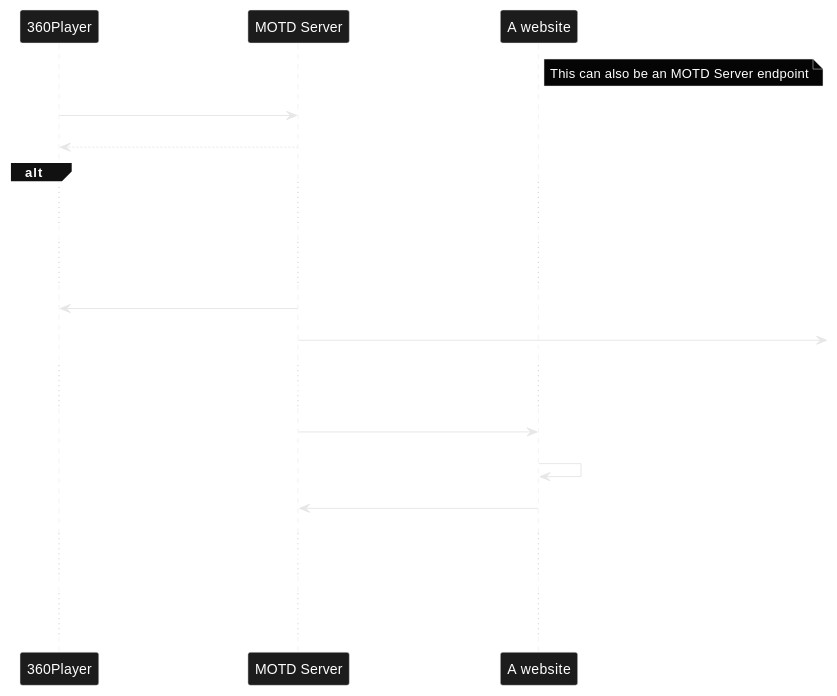
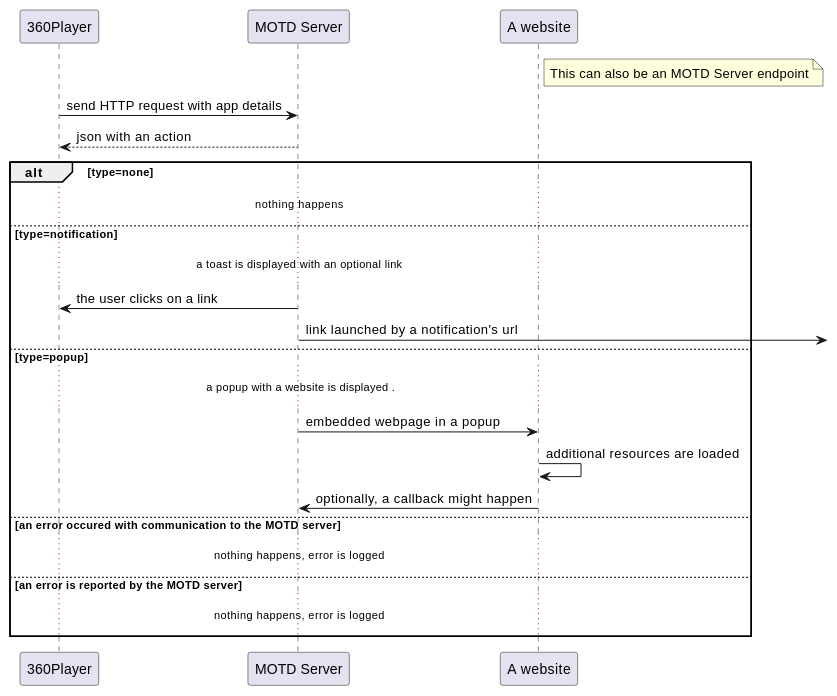
Before and after one commit to BIVROST/360PlayerWindows: the diagram in MOTD/MOTD.md, drawn with PlantUML. The commit also changed other lines of this file and 2 other files, not shown here.

````diff
--- a/MOTD/MOTD.md
+++ b/MOTD/MOTD.md
@@ -6,45 +6,45 @@
 ```plantuml
-skinparam monochrome reverse
+'skinparam monochrome reverse
 skinparam backgroundColor transparent
 
 participant "360Player" as app
 participant "MOTD Server" as motd
 participant "A website" as website
 
 
 note right of website
 This can also be an MOTD Server endpoint
 end note
 
 
 app -> motd: send HTTP request with app details
 motd --> app: json with an action
 
 alt type=none
 
 ... nothing happens ...
 else type=notification
 
 ... a toast is displayed with an optional link ...
 
 motd -> app: the user clicks on a link
 motd ->  : link launched by a notification's url
 
 else type=popup
 
 ... a popup with a website is displayed ....
 
 motd -> website: embedded webpage in a popup
 website -> website: additional resources are loaded
 website -> motd: optionally, a callback might happen
 
 else an error occured with communication to the MOTD server
 
 ... nothing happens, error is logged ...
 
 else an error is reported by the MOTD server
 
 ... nothing happens, error is logged ...
 
 end
 ```
````
